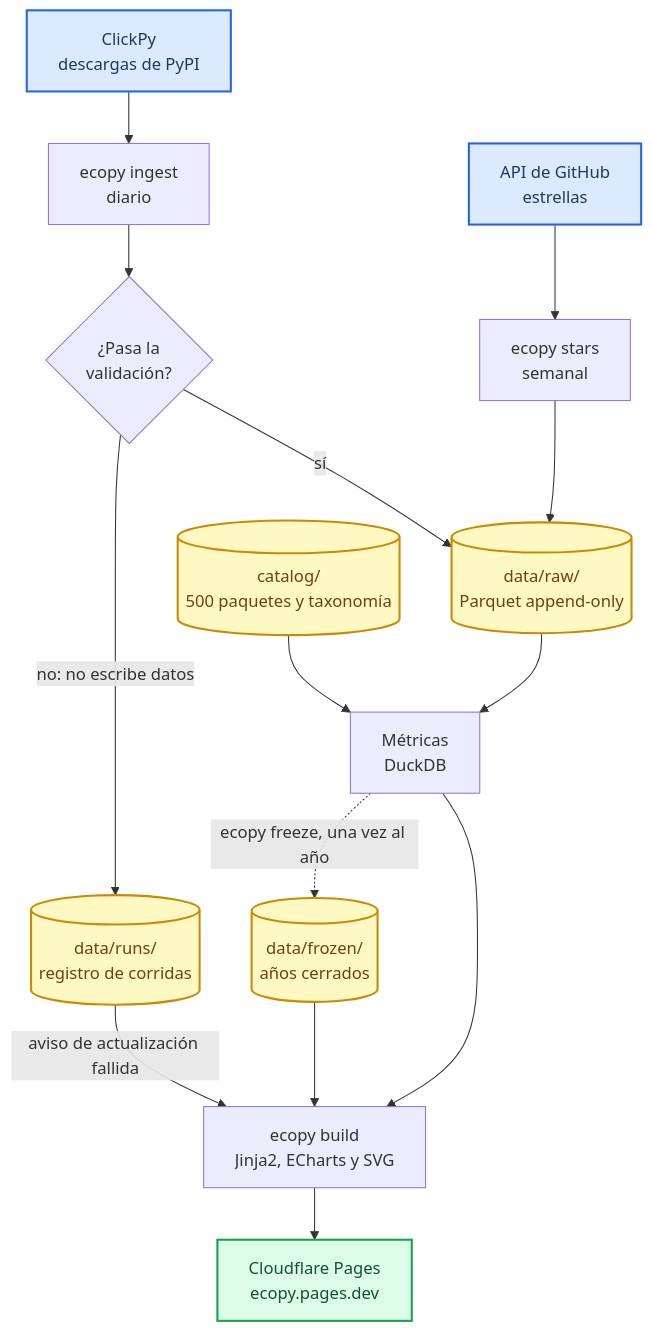
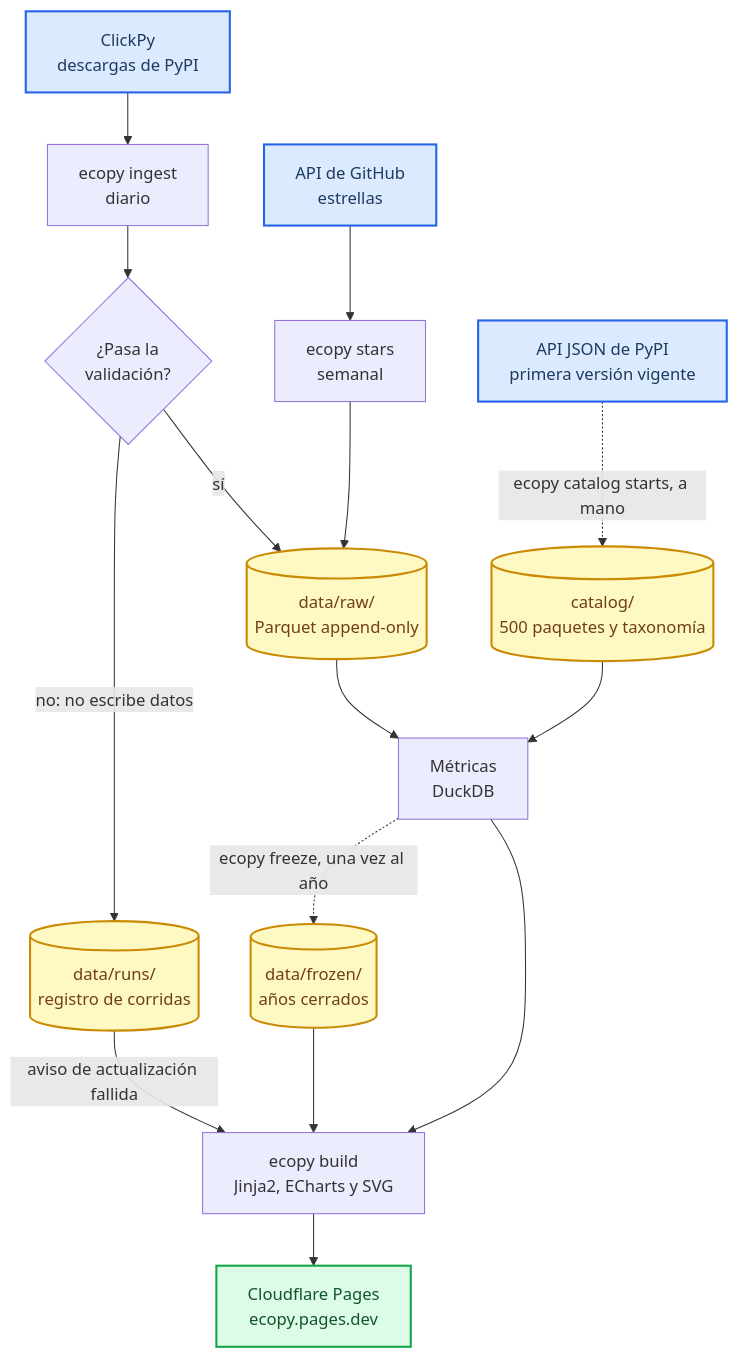
Before and after one commit to AndresPampa/ecopy: the first of 4 diagrams in README.md, drawn with Mermaid. The commit also changed other lines of this file and 30 other files, not shown here.

````diff
--- a/README.md
+++ b/README.md
@@ -56,27 +57,28 @@
 ```mermaid
 flowchart TD
     accTitle: Flujo de datos de ecopy
-    accDescr: Las descargas de ClickPy y las estrellas de GitHub se validan y se guardan como Parquet en data. Junto con el catálogo alimentan el cálculo de métricas, que genera el sitio estático publicado en Cloudflare Pages.
+    accDescr: Las descargas de ClickPy y las estrellas de GitHub se validan y se guardan como Parquet en data. La API de PyPI da al catálogo la primera versión vigente de cada paquete. Junto con el catálogo alimentan el cálculo de métricas, que genera el sitio estático publicado en Cloudflare Pages.
 
     clickpy["ClickPy<br/>descargas de PyPI"] --> ingest["ecopy ingest<br/>diario"]
     github["API de GitHub<br/>estrellas"] --> stars["ecopy stars<br/>semanal"]
     ingest --> validate{"¿Pasa la<br/>validación?"}
     validate -->|"no: no escribe datos"| runs[("data/runs/<br/>registro de corridas")]
     validate -->|"sí"| raw[("data/raw/<br/>Parquet append-only")]
     stars --> raw
     raw --> metrics["Métricas<br/>DuckDB"]
     catalog[("catalog/<br/>500 paquetes y taxonomía")] --> metrics
+    pypi["API JSON de PyPI<br/>primera versión vigente"] -.->|"ecopy catalog starts, a mano"| catalog
     metrics -.->|"ecopy freeze, una vez al año"| frozen[("data/frozen/<br/>años cerrados")]
     metrics --> build["ecopy build<br/>Jinja2, ECharts y SVG"]
     frozen --> build
     runs -->|"aviso de actualización fallida"| build
     build --> pages["Cloudflare Pages<br/>ecopy.pages.dev"]
 
     classDef source fill:#dbeafe,stroke:#2563eb,stroke-width:2px,color:#1e3a5f
     classDef store fill:#fef9c3,stroke:#ca8a04,stroke-width:2px,color:#713f12
     classDef output fill:#dcfce7,stroke:#16a34a,stroke-width:2px,color:#14532d
 
-    class clickpy,github source
+    class clickpy,github,pypi source
     class catalog,raw,runs,frozen store
     class pages output
 ```
````
